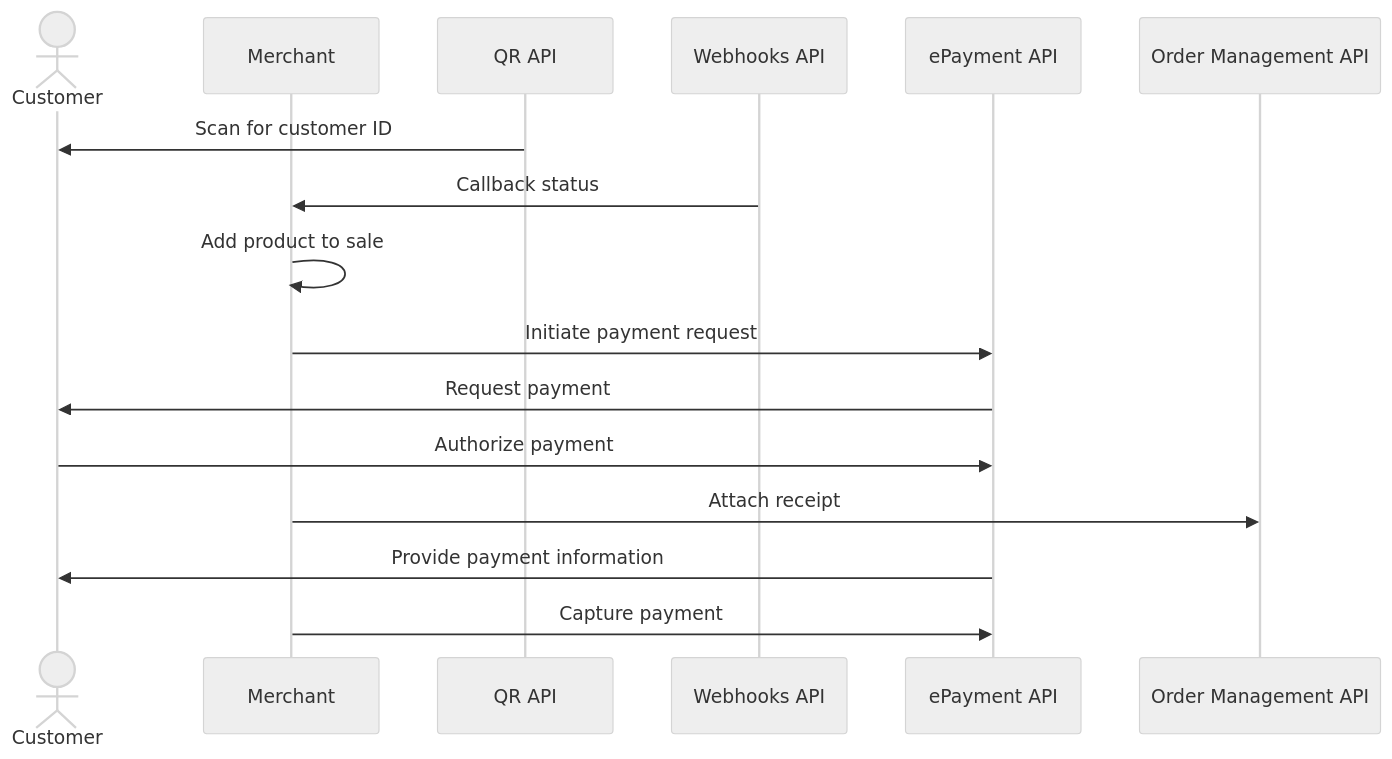
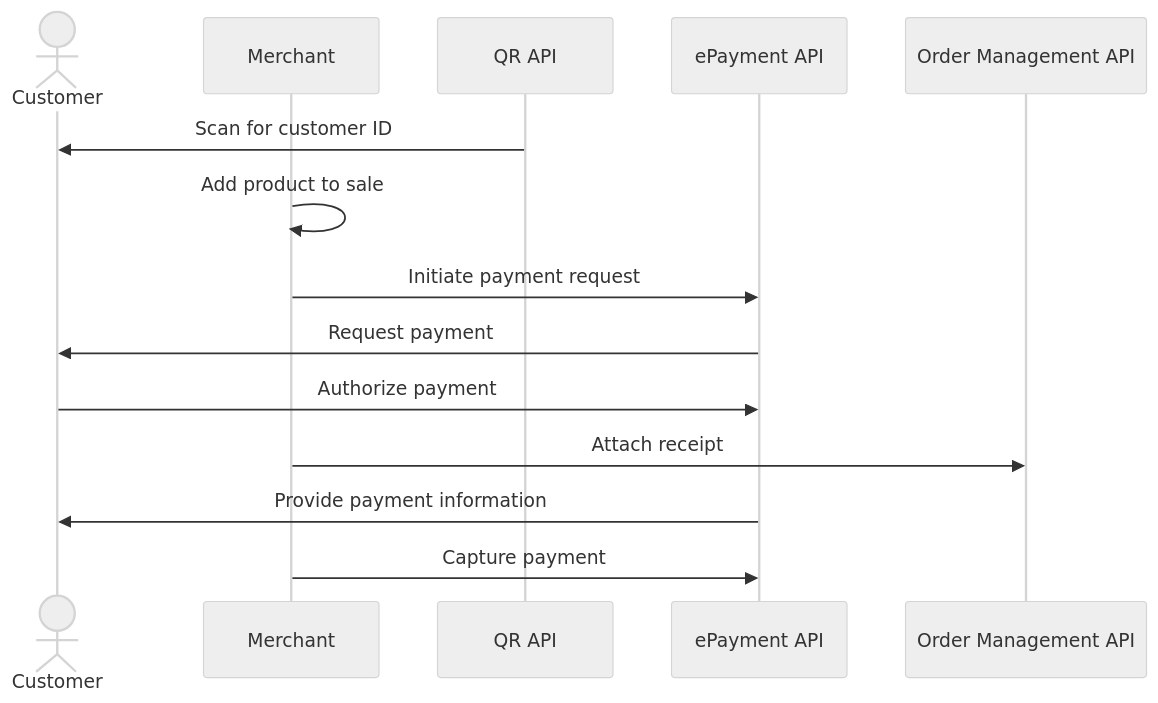
Before and after one commit to vippsas/vipps-solutions: the diagram in static-qr-at-pos/README.md, drawn with Mermaid (neutral theme).

Commit message:
Simplify

````diff
--- a/static-qr-at-pos/README.md
+++ b/static-qr-at-pos/README.md
@@ -60,19 +60,17 @@
 ``` mermaid
 sequenceDiagram
     actor C as Customer
     participant M as Merchant
     participant QR as QR API
-    participant Webhooks as Webhooks API
     participant ePayment as ePayment API
     participant ordermanagement as Order Management API
 
     QR->>C: Scan for customer ID
-    Webhooks->>M: Callback status
     M->>M: Add product to sale
     M->>ePayment: Initiate payment request
     ePayment->>C: Request payment
     C->>ePayment: Authorize payment
     M->> ordermanagement: Attach receipt
     ePayment->>C: Provide payment information
     M->>ePayment: Capture payment
 ```
````
